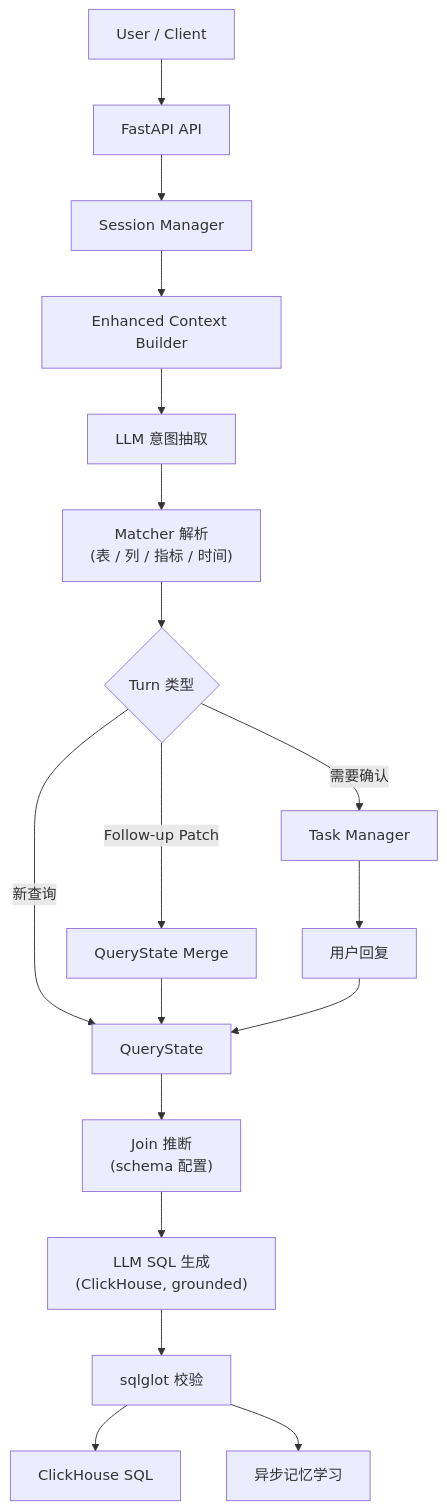
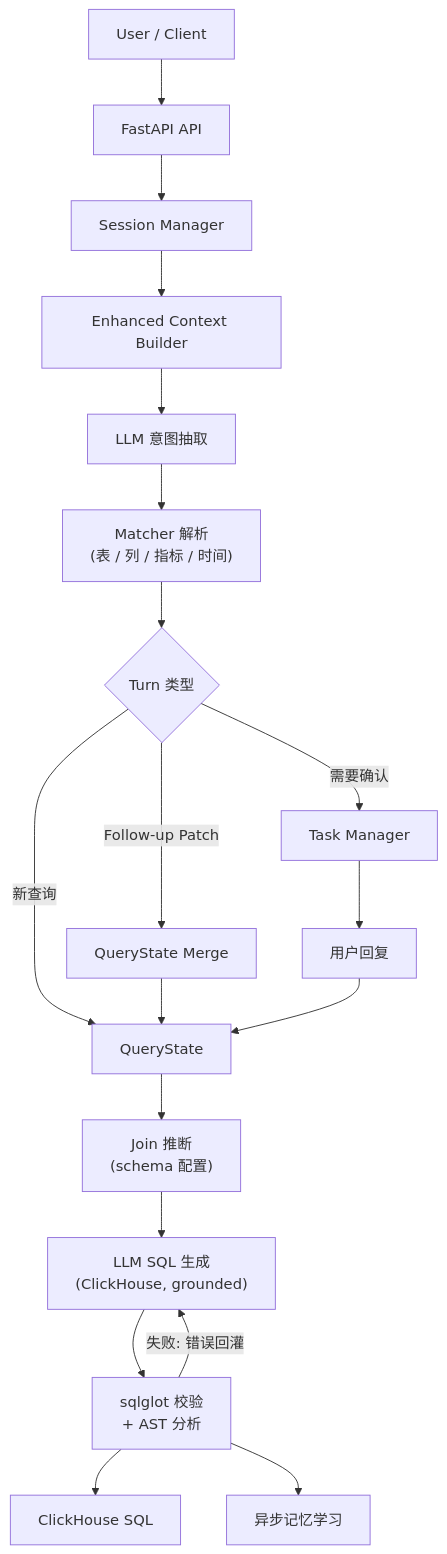
Before and after one commit to frankzh0330/query-agent: the diagram in docs/README.zh-CN.md, drawn with Mermaid. The commit also changed other lines of this file and 32 other files, not shown here.

````diff
--- a/docs/README.zh-CN.md
+++ b/docs/README.zh-CN.md
@@ -161,20 +161,21 @@
 ```mermaid
 flowchart TD
     User["User / Client"] --> API["FastAPI API"]
     API --> Session["Session Manager"]
     Session --> Context["Enhanced Context Builder"]
     Context --> L1["LLM 意图抽取"]
     L1 --> Match["Matcher 解析<br/>(表 / 列 / 指标 / 时间)"]
     Match --> Turn{"Turn 类型"}
     Turn -->|新查询| State["QueryState"]
     Turn -->|Follow-up Patch| Merge["QueryState Merge"]
     Merge --> State
     Turn -->|需要确认| Task["Task Manager"]
     Task --> Confirm["用户回复"]
     Confirm --> State
     State --> Join["Join 推断<br/>(schema 配置)"]
     Join --> Gen["LLM SQL 生成<br/>(ClickHouse, grounded)"]
-    Gen --> Validate["sqlglot 校验"]
+    Gen --> Validate["sqlglot 校验<br/>+ AST 分析"]
+    Validate -->|失败: 错误回灌| Gen
     Validate --> Response["ClickHouse SQL"]
     Validate --> Memory["异步记忆学习"]
 ```
````
